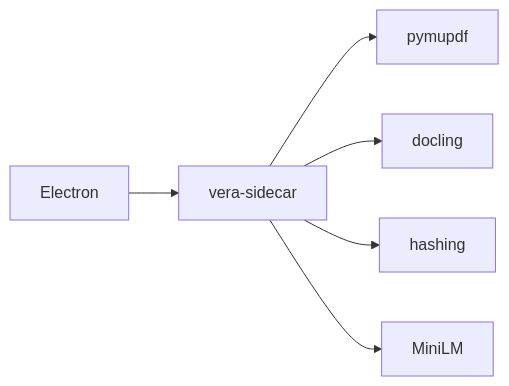
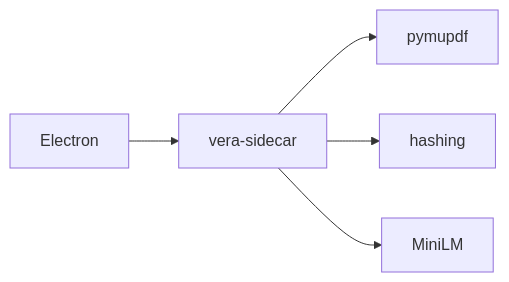
One commit to dkylewillis/vera changed the diagram in docs/desktop-app-architecture.md. Above: the diagram before and after it, drawn with Mermaid. The commit also changed other lines of this file and 65 other files, not shown here.

````diff
--- a/docs/desktop-app-architecture.md
+++ b/docs/desktop-app-architecture.md
@@ -92,8 +91,7 @@
 ```mermaid
 flowchart LR
   Electron --> sidecar["vera-sidecar"]
   sidecar --> pymupdf
-  sidecar --> docling
   sidecar --> hashing
   sidecar --> minilm["MiniLM"]
 ```
````
